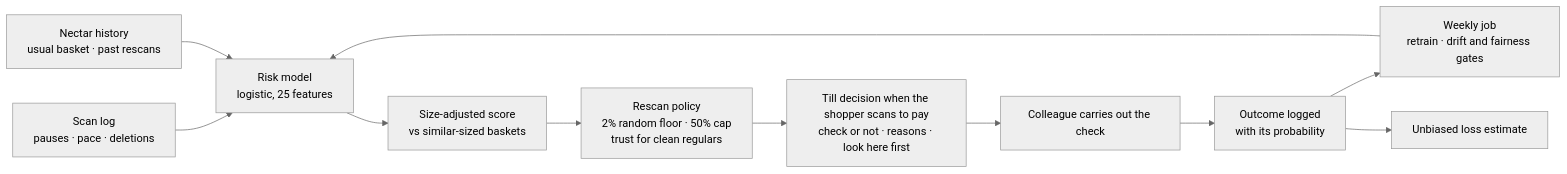
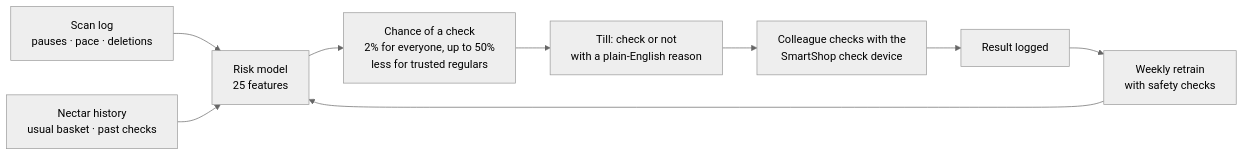
Before and after one commit to TilakHeble/smartshop-loss-engine: the diagram in README.md, drawn with Mermaid (neutral theme). The commit also changed other lines of this file and 90 other files, not shown here.

````diff
--- a/README.md
+++ b/README.md
@@ -44,13 +39,11 @@
 ```mermaid
 flowchart LR
-    A["Scan log<br/>pauses · pace · deletions"] --> R["Risk model<br/>logistic, 25 features"]
-    H["Nectar history<br/>usual basket · past rescans"] --> R
-    R --> S["Size-adjusted score<br/>vs similar-sized baskets"]
-    S --> P["Rescan policy<br/>2% random floor · 50% cap<br/>trust for clean regulars"]
-    P --> D["Till decision when the shopper scans to pay<br/>check or not · reasons · look here first"]
-    D --> C["Colleague carries out the check"]
-    C --> L["Outcome logged<br/>with its probability"]
-    L --> W["Weekly job<br/>retrain · drift and fairness gates"]
-    L --> M["Unbiased loss estimate"]
+    A["Scan log<br/>pauses · pace · deletions"] --> R["Risk model<br/>25 features"]
+    H["Nectar history<br/>usual basket · past checks"] --> R
+    R --> P["Chance of a check<br/>2% for everyone, up to 50%<br/>less for trusted regulars"]
+    P --> D["Till: check or not<br/>with a plain-English reason"]
+    D --> C["Colleague checks with the<br/>SmartShop check device"]
+    C --> L["Result logged"]
+    L --> W["Weekly retrain<br/>with safety checks"]
     W --> R
 ```
````
